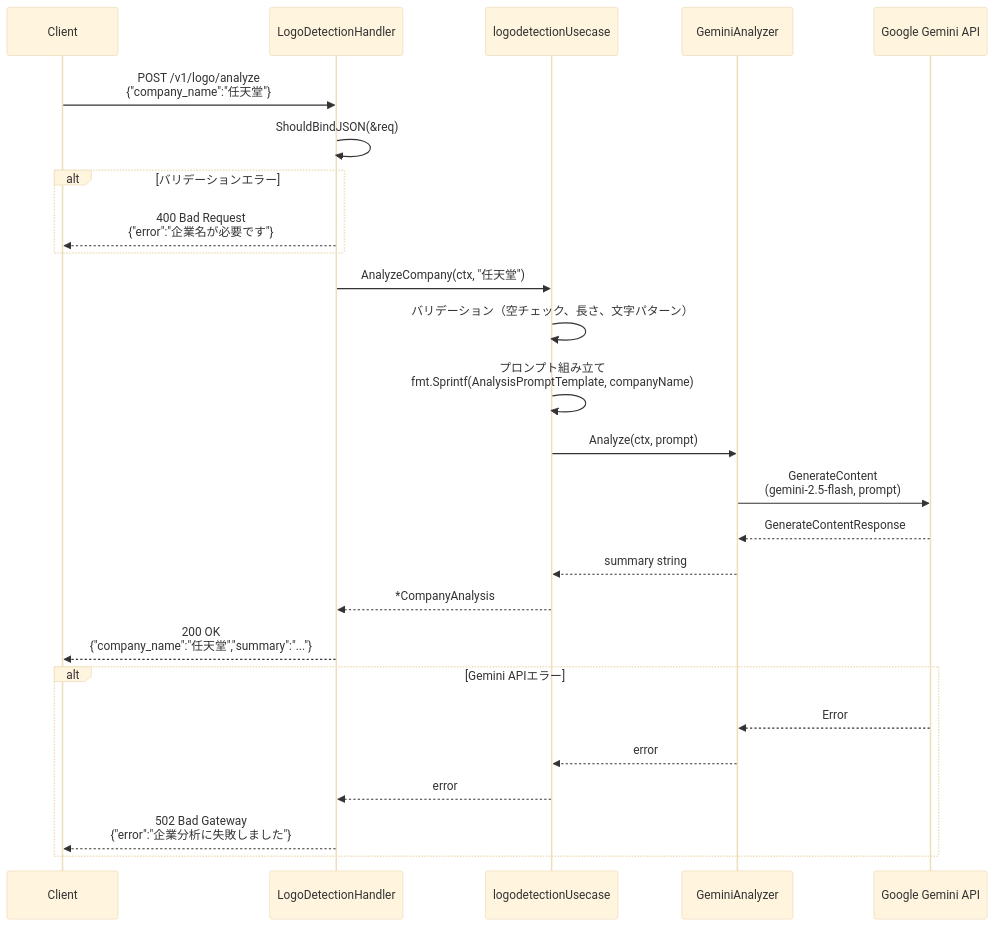
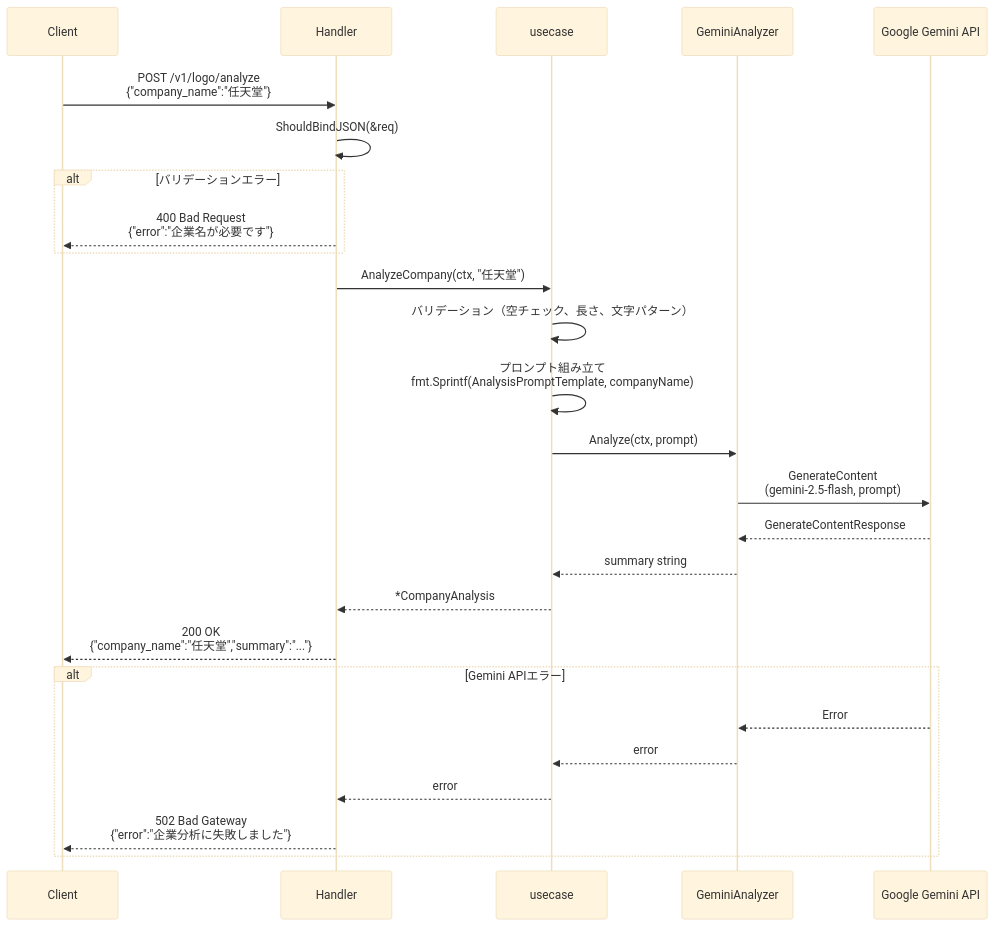
Before and after one commit to UCHIDAnobuhiro/stock_backend: the second of 3 diagrams in internal/feature/logodetection/README.md, drawn with Mermaid (base theme). The commit also changed other lines of this file and 41 other files, not shown here.

````diff
--- a/internal/feature/logodetection/README.md
+++ b/internal/feature/logodetection/README.md
@@ -59,32 +59,32 @@
 ```mermaid
 sequenceDiagram
     participant Client
-    participant Handler as LogoDetectionHandler
-    participant Usecase as logodetectionUsecase
+    participant Handler as Handler
+    participant Usecase as usecase
     participant Gemini as GeminiAnalyzer
     participant API as Google Gemini API
 
     Client->>Handler: POST /v1/logo/analyze<br/>{"company_name":"任天堂"}
     Handler->>Handler: ShouldBindJSON(&req)
 
     alt バリデーションエラー
         Handler-->>Client: 400 Bad Request<br/>{"error":"企業名が必要です"}
     end
 
     Handler->>Usecase: AnalyzeCompany(ctx, "任天堂")
     Usecase->>Usecase: バリデーション（空チェック、長さ、文字パターン）
     Usecase->>Usecase: プロンプト組み立て<br/>fmt.Sprintf(AnalysisPromptTemplate, companyName)
     Usecase->>Gemini: Analyze(ctx, prompt)
     Gemini->>API: GenerateContent<br/>(gemini-2.5-flash, prompt)
     API-->>Gemini: GenerateContentResponse
     Gemini-->>Usecase: summary string
     Usecase-->>Handler: *CompanyAnalysis
     Handler-->>Client: 200 OK<br/>{"company_name":"任天堂","summary":"..."}
 
     alt Gemini APIエラー
         API-->>Gemini: Error
         Gemini-->>Usecase: error
         Usecase-->>Handler: error
         Handler-->>Client: 502 Bad Gateway<br/>{"error":"企業分析に失敗しました"}
     end
 ```
````
